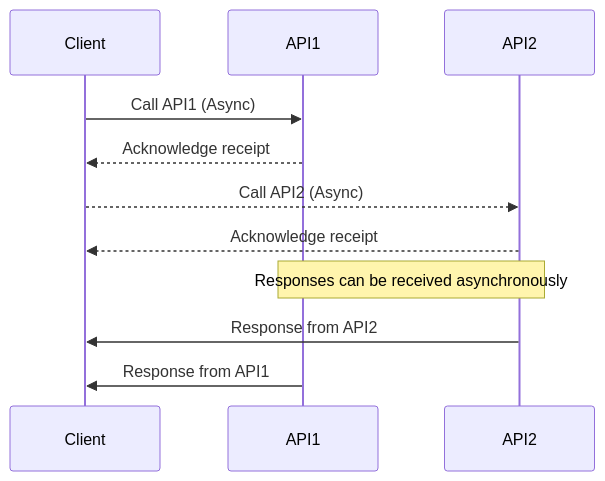
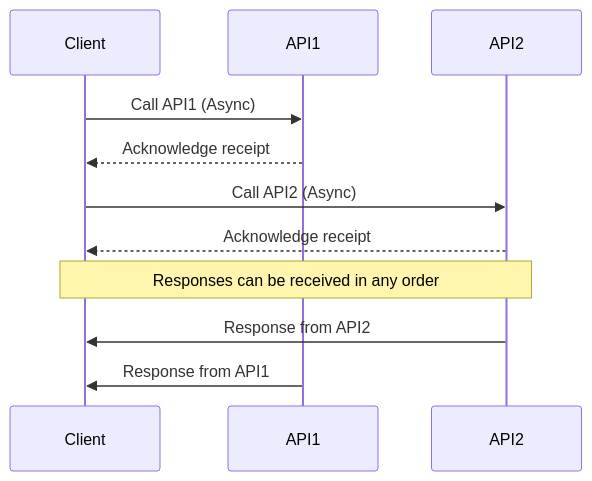
Before and after one commit to nitinkc/nitinkc.github.io: the second of 2 diagrams in _posts/Java/threads/2024-07-19-java21-virtualthreads.md, drawn with Mermaid. The commit also changed other lines of this file, not shown here.

````diff
--- a/_posts/Java/threads/2024-07-19-java21-virtualthreads.md
+++ b/_posts/Java/threads/2024-07-19-java21-virtualthreads.md
@@ -105,15 +119,15 @@
 ```mermaid!
 sequenceDiagram
     participant Client
     participant API1
     participant API2
 
     Client ->> API1: Call API1 (Async)
     API1 -->> Client: Acknowledge receipt
-    Client -->> API2: Call API2 (Async)
+    Client ->> API2: Call API2 (Async)
     API2 -->> Client: Acknowledge receipt
    
-    Note over API1, API2: Responses can be received asynchronously
+    Note over Client, API2: Responses can be received in any order
     API2 ->> Client: Response from API2
     API1 ->> Client: Response from API1
 ```
````
